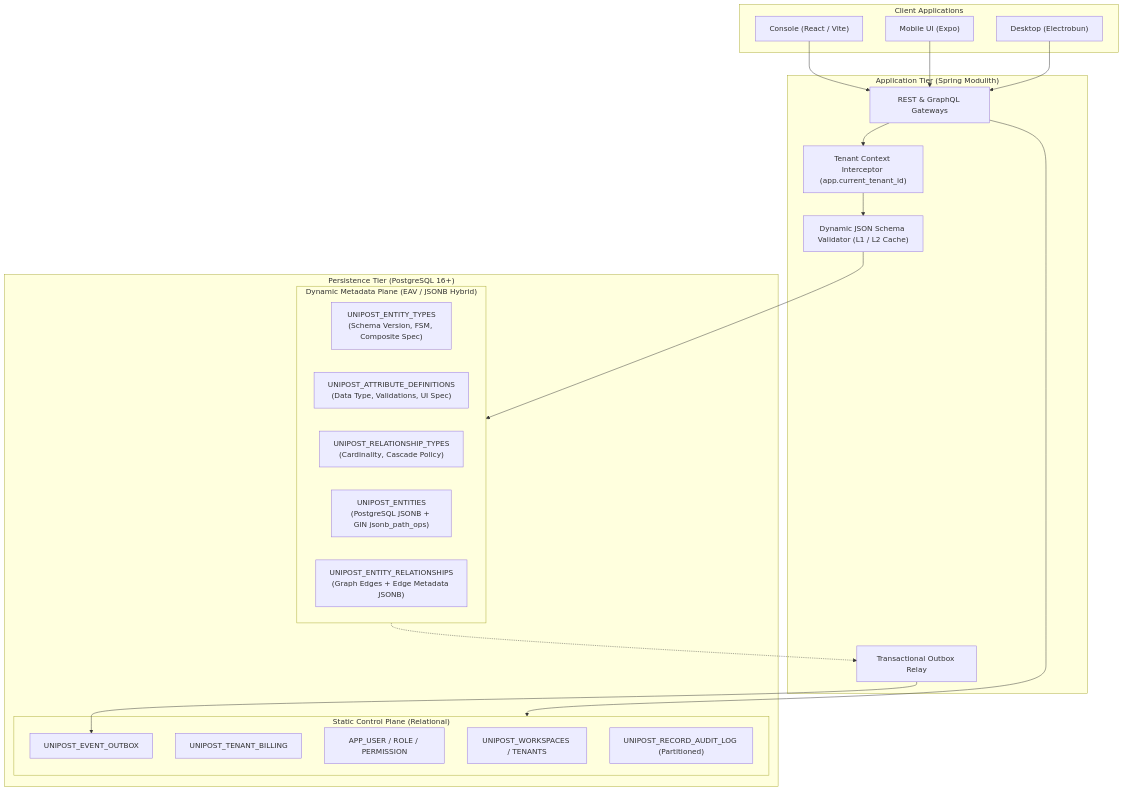
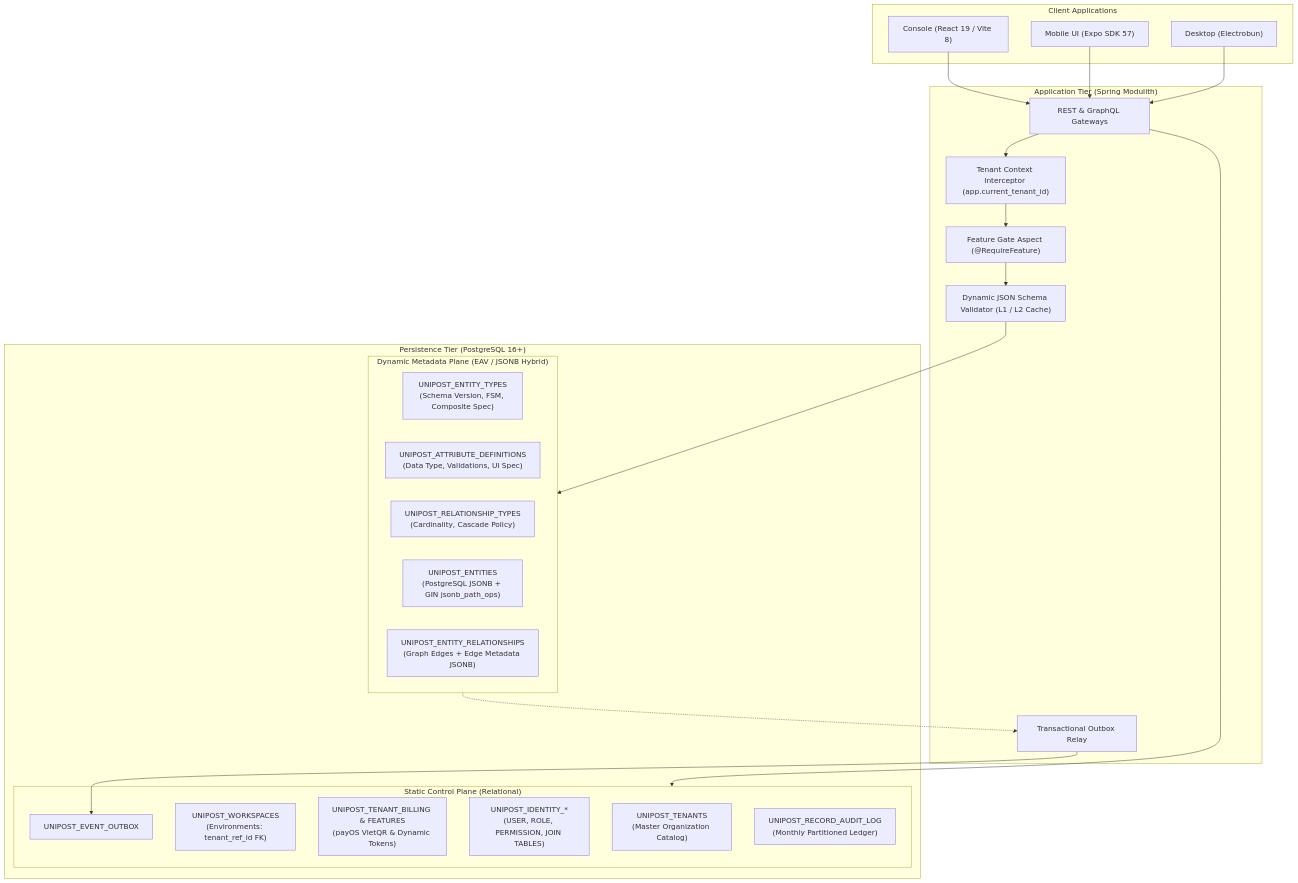
The first of 4 diagrams in docs/master_database_schema_architecture.md (tamanle23/acc), drawn with Mermaid before and after one commit. The commit also changed other lines of this file and 4 other files, not shown here.

Commit message:
docs(persistence): synchronize master database schema architecture reference (v1.1.0)

````diff
--- a/docs/master_database_schema_architecture.md
+++ b/docs/master_database_schema_architecture.md
@@ -17,44 +17,47 @@
 ```mermaid
 flowchart TD
     subgraph ClientLayer ["Client Applications"]
-        Console["Console (React / Vite)"]
-        Mobile["Mobile UI (Expo)"]
+        Console["Console (React 19 / Vite 8)"]
+        Mobile["Mobile UI (Expo SDK 57)"]
         Desktop["Desktop (Electrobun)"]
     end
 
     subgraph AppPlane ["Application Tier (Spring Modulith)"]
         RestAPI["REST & GraphQL Gateways"]
         SchemaValidator["Dynamic JSON Schema Validator (L1 / L2 Cache)"]
         RLSInterceptor["Tenant Context Interceptor (app.current_tenant_id)"]
+        FeatureAspect["Feature Gate Aspect (@RequireFeature)"]
         OutboxRelay["Transactional Outbox Relay"]
     end
 
     subgraph DataPlane ["Persistence Tier (PostgreSQL 16+)"]
         subgraph StaticControlPlane ["Static Control Plane (Relational)"]
-            T_TENANT["UNIPOST_WORKSPACES / TENANTS"]
-            T_BILLING["UNIPOST_TENANT_BILLING"]
-            T_IDENTITY["APP_USER / ROLE / PERMISSION"]
+            T_TENANTS["UNIPOST_TENANTS\n(Master Organization Catalog)"]
+            T_WORKSPACES["UNIPOST_WORKSPACES\n(Environments: tenant_ref_id FK)"]
+            T_BILLING["UNIPOST_TENANT_BILLING & FEATURES\n(payOS VietQR & Dynamic Tokens)"]
+            T_IDENTITY["UNIPOST_IDENTITY_*\n(USER, ROLE, PERMISSION, JOIN TABLES)"]
             T_OUTBOX["UNIPOST_EVENT_OUTBOX"]
-            T_AUDIT["UNIPOST_RECORD_AUDIT_LOG (Partitioned)"]
+            T_AUDIT["UNIPOST_RECORD_AUDIT_LOG\n(Monthly Partitioned Ledger)"]
         end
 
         subgraph DynamicMetadataPlane ["Dynamic Metadata Plane (EAV / JSONB Hybrid)"]
             T_TYPE["UNIPOST_ENTITY_TYPES\n(Schema Version, FSM, Composite Spec)"]
             T_ATTR["UNIPOST_ATTRIBUTE_DEFINITIONS\n(Data Type, Validations, UI Spec)"]
             T_REL_TYPE["UNIPOST_RELATIONSHIP_TYPES\n(Cardinality, Cascade Policy)"]
             T_ENTITIES["UNIPOST_ENTITIES\n(PostgreSQL JSONB + GIN jsonb_path_ops)"]
             T_RELS["UNIPOST_ENTITY_RELATIONSHIPS\n(Graph Edges + Edge Metadata JSONB)"]
         end
     end
 
     Console --> RestAPI
     Mobile --> RestAPI
     Desktop --> RestAPI
 
     RestAPI --> RLSInterceptor
-    RLSInterceptor --> SchemaValidator
+    RLSInterceptor --> FeatureAspect
+    FeatureAspect --> SchemaValidator
     SchemaValidator --> DynamicMetadataPlane
     RestAPI --> StaticControlPlane
     DynamicMetadataPlane -.-> OutboxRelay
     OutboxRelay --> T_OUTBOX
 ```
````
